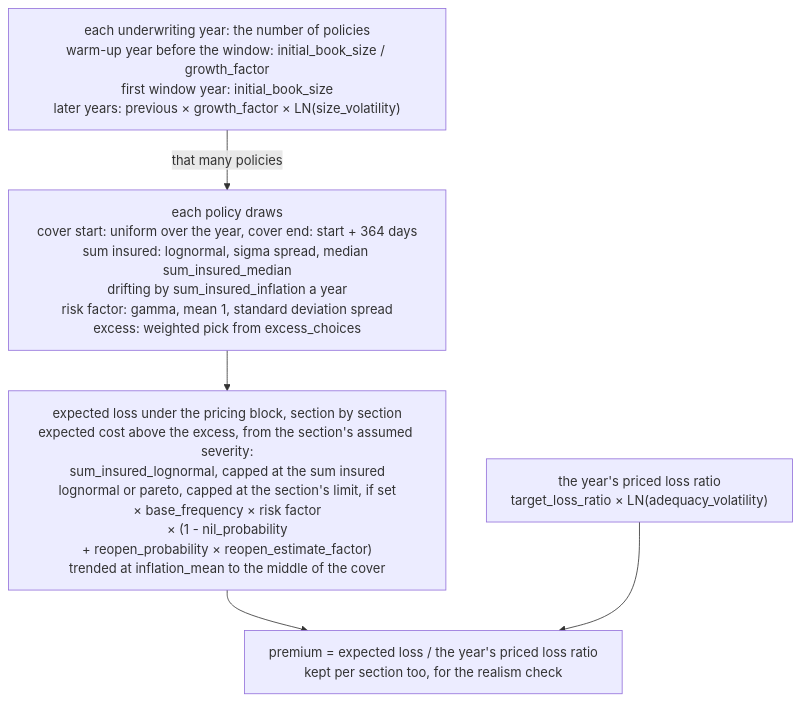
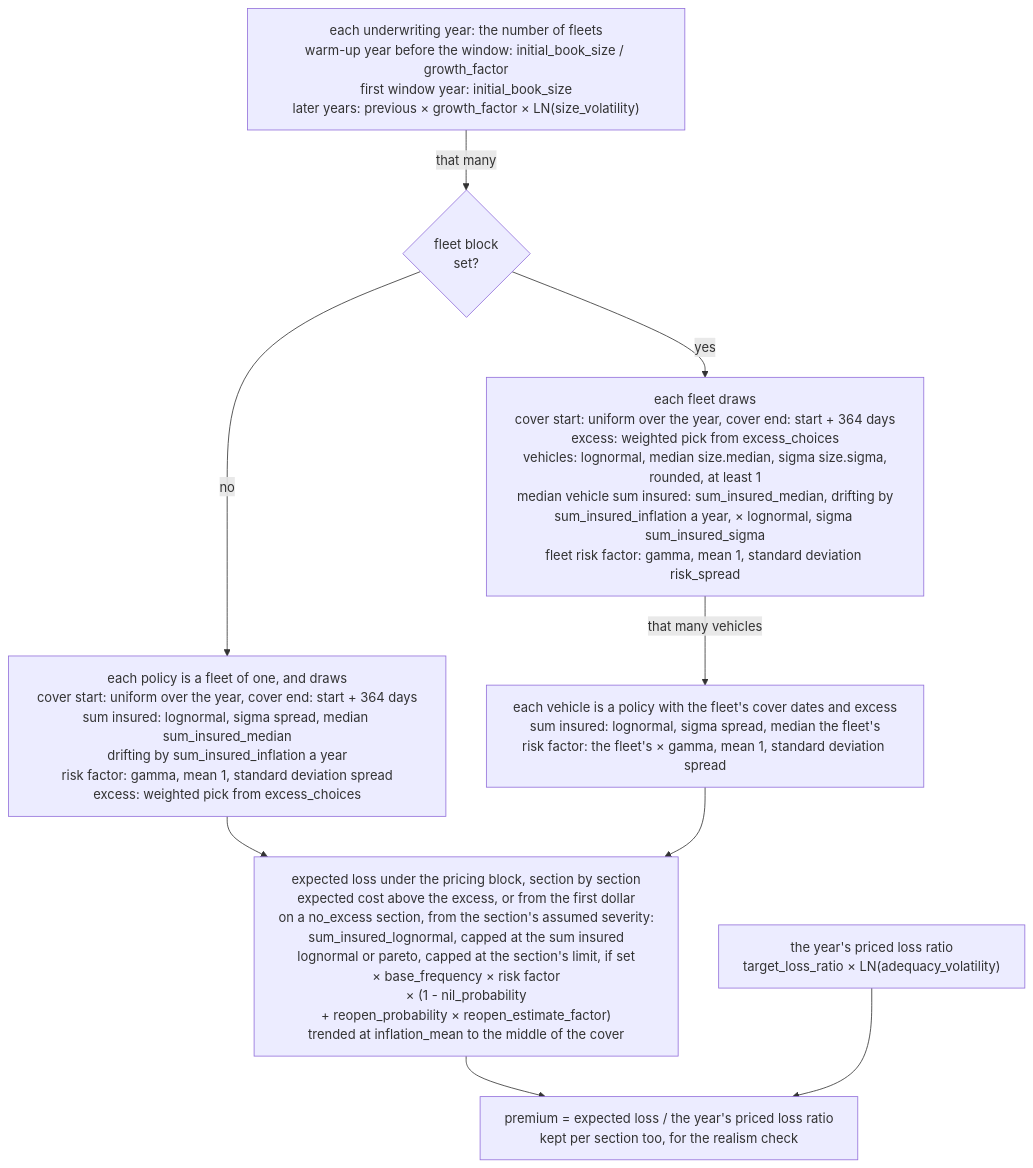
Before and after one commit to le-marais/claims-data-generator: the third of 10 diagrams in README.md, drawn with Mermaid. The commit also changed other lines of this file and 40 other files, not shown here.

First line of the commit message:
Add a commercial motor preset with a fleet book, scored against Schedule P Part 1C (#31)

````diff
--- a/README.md
+++ b/README.md
@@ -124,11 +125,17 @@
 ```mermaid
 %%{init: {"flowchart": {"wrappingWidth": 480}}}%%
 flowchart TD
-    size["each underwriting year: the number of policies<br/>warm-up year before the window: initial_book_size / growth_factor<br/>first window year: initial_book_size<br/>later years: previous × growth_factor × LN(size_volatility)"]
+    size["each underwriting year: the number of fleets<br/>warm-up year before the window: initial_book_size / growth_factor<br/>first window year: initial_book_size<br/>later years: previous × growth_factor × LN(size_volatility)"]
     priced["the year's priced loss ratio<br/>target_loss_ratio × LN(adequacy_volatility)"]
-    draws["each policy draws<br/>cover start: uniform over the year, cover end: start + 364 days<br/>sum insured: lognormal, sigma spread, median sum_insured_median<br/>drifting by sum_insured_inflation a year<br/>risk factor: gamma, mean 1, standard deviation spread<br/>excess: weighted pick from excess_choices"]
-    expected["expected loss under the pricing block, section by section<br/>expected cost above the excess, from the section's assumed severity:<br/>sum_insured_lognormal, capped at the sum insured<br/>lognormal or pareto, capped at the section's limit, if set<br/>× base_frequency × risk factor<br/>× (1 - nil_probability<br/>+ reopen_probability × reopen_estimate_factor)<br/>trended at inflation_mean to the middle of the cover"]
+    fleetSet{"fleet block<br/>set?"}
+    draws["each policy is a fleet of one, and draws<br/>cover start: uniform over the year, cover end: start + 364 days<br/>sum insured: lognormal, sigma spread, median sum_insured_median<br/>drifting by sum_insured_inflation a year<br/>risk factor: gamma, mean 1, standard deviation spread<br/>excess: weighted pick from excess_choices"]
+    fleet["each fleet draws<br/>cover start: uniform over the year, cover end: start + 364 days<br/>excess: weighted pick from excess_choices<br/>vehicles: lognormal, median size.median, sigma size.sigma,<br/>rounded, at least 1<br/>median vehicle sum insured: sum_insured_median, drifting by<br/>sum_insured_inflation a year, × lognormal, sigma sum_insured_sigma<br/>fleet risk factor: gamma, mean 1, standard deviation risk_spread"]
+    vehicle["each vehicle is a policy with the fleet's cover dates and excess<br/>sum insured: lognormal, sigma spread, median the fleet's<br/>risk factor: the fleet's × gamma, mean 1, standard deviation spread"]
+    expected["expected loss under the pricing block, section by section<br/>expected cost above the excess, or from the first dollar<br/>on a no_excess section, from the section's assumed severity:<br/>sum_insured_lognormal, capped at the sum insured<br/>lognormal or pareto, capped at the section's limit, if set<br/>× base_frequency × risk factor<br/>× (1 - nil_probability<br/>+ reopen_probability × reopen_estimate_factor)<br/>trended at inflation_mean to the middle of the cover"]
     premium["premium = expected loss / the year's priced loss ratio<br/>kept per section too, for the realism check"]
-    size -- "that many policies" --> draws --> expected --> premium
+    size -- "that many" --> fleetSet
+    fleetSet -- "no" --> draws --> expected
+    fleetSet -- "yes" --> fleet -- "that many vehicles" --> vehicle --> expected
+    expected --> premium
     priced --> premium
 ```
````
